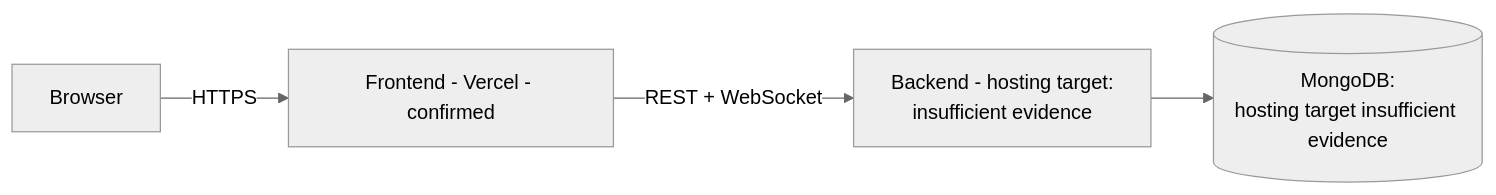
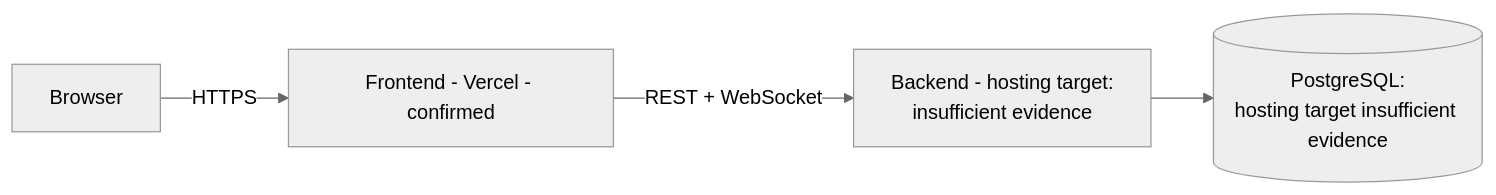
The third of 3 diagrams in README.md (mohammed-dev-stack/ai-workflow-orchestrator), drawn with Mermaid (neutral theme) before and after one commit. The commit also changed other lines of this file, not shown here.

````diff
--- a/README.md
+++ b/README.md
@@ -237,6 +237,6 @@
 ```mermaid
 graph LR
     User[Browser] -->|HTTPS| Vercel[Frontend - Vercel - confirmed]
     Vercel -->|REST + WebSocket| Backend["Backend - hosting target:\ninsufficient evidence"]
-    Backend --> Mongo[("MongoDB:\nhosting target insufficient evidence")]
+    Backend --> Postgres[("PostgreSQL:\nhosting target insufficient evidence")]
 ```
````
